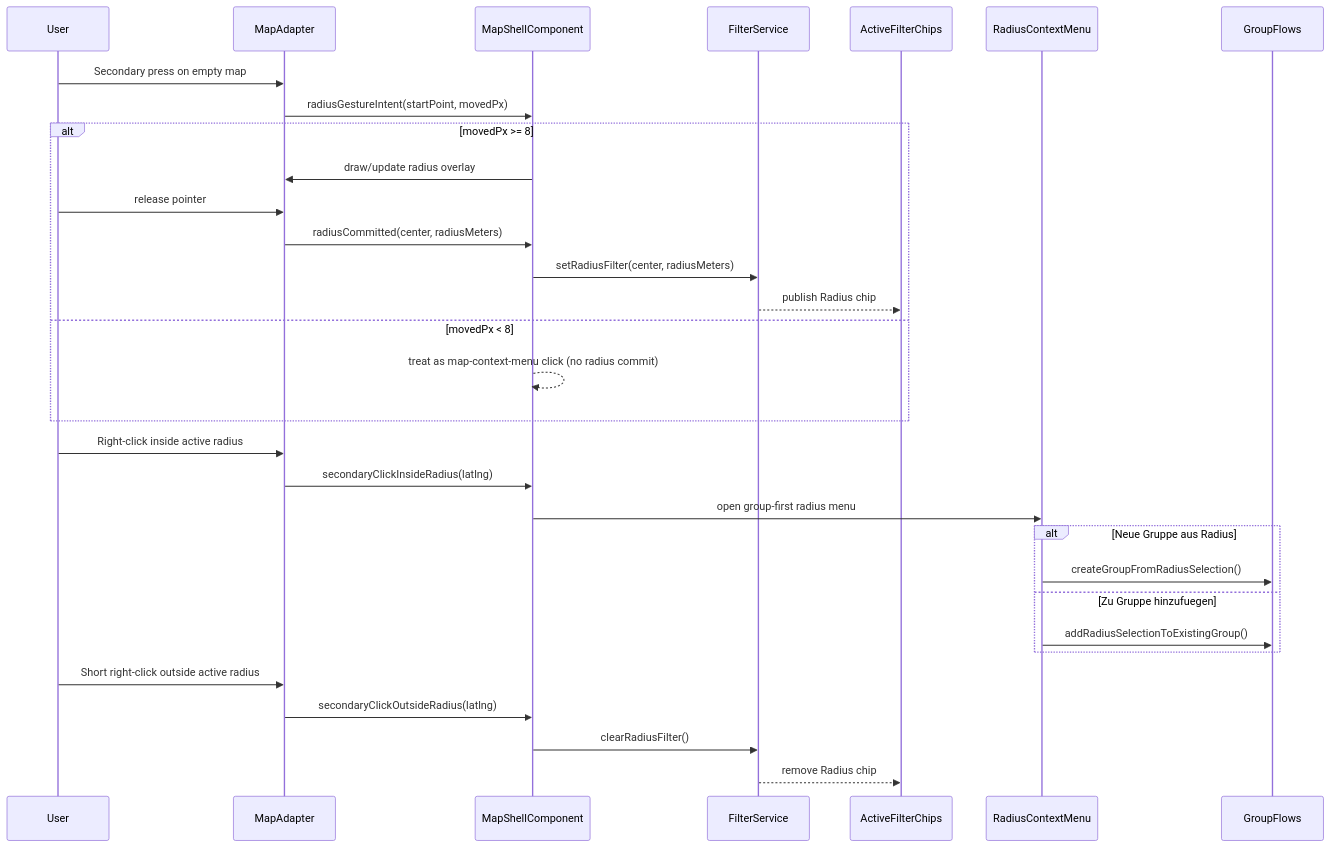
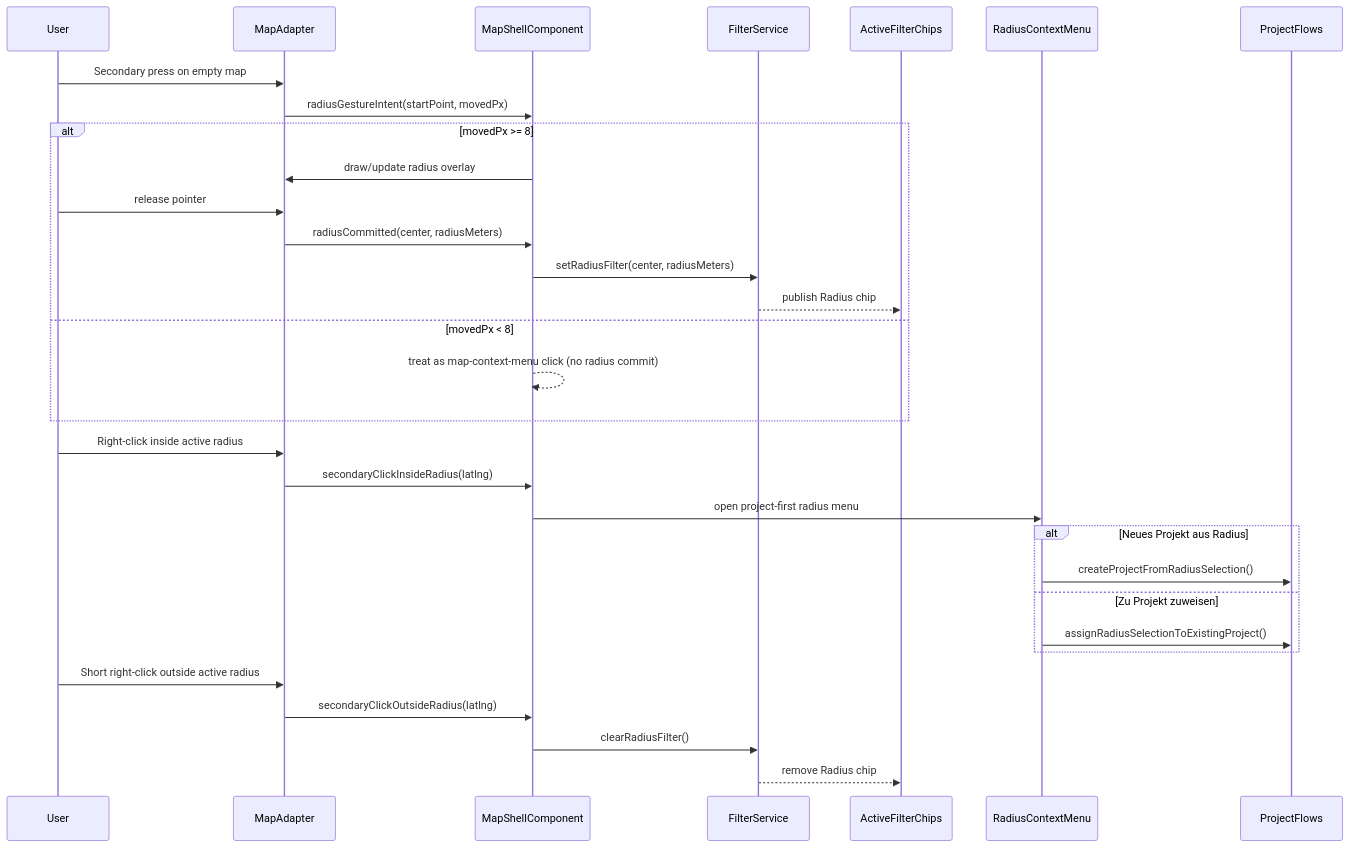
The diagram in docs/element-specs/radius-selection.md (matkleve/feldpost), drawn with Mermaid before and after one commit. The commit also changed other lines of this file and 22 other files, not shown here.

````diff
--- a/docs/element-specs/radius-selection.md
+++ b/docs/element-specs/radius-selection.md
@@ -72,36 +73,36 @@
 ```mermaid
 sequenceDiagram
   participant U as User
   participant MA as MapAdapter
   participant MS as MapShellComponent
   participant FS as FilterService
   participant AFC as ActiveFilterChips
   participant RCM as RadiusContextMenu
-  participant G as GroupFlows
+  participant P as ProjectFlows
 
   U->>MA: Secondary press on empty map
   MA->>MS: radiusGestureIntent(startPoint, movedPx)
   alt movedPx >= 8
     MS->>MA: draw/update radius overlay
     U->>MA: release pointer
     MA->>MS: radiusCommitted(center, radiusMeters)
     MS->>FS: setRadiusFilter(center, radiusMeters)
     FS-->>AFC: publish Radius chip
   else movedPx < 8
     MS-->>MS: treat as map-context-menu click (no radius commit)
   end
 
   U->>MA: Right-click inside active radius
   MA->>MS: secondaryClickInsideRadius(latlng)
-  MS->>RCM: open group-first radius menu
-  alt Neue Gruppe aus Radius
-    RCM->>G: createGroupFromRadiusSelection()
-  else Zu Gruppe hinzufuegen
-    RCM->>G: addRadiusSelectionToExistingGroup()
+  MS->>RCM: open project-first radius menu
+  alt Neues Projekt aus Radius
+    RCM->>P: createProjectFromRadiusSelection()
+  else Zu Projekt zuweisen
+    RCM->>P: assignRadiusSelectionToExistingProject()
   end
 
   U->>MA: Short right-click outside active radius
   MA->>MS: secondaryClickOutsideRadius(latlng)
   MS->>FS: clearRadiusFilter()
   FS-->>AFC: remove Radius chip
 ```
````
